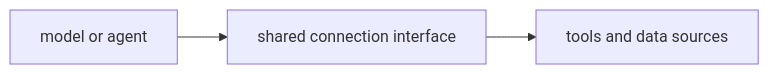
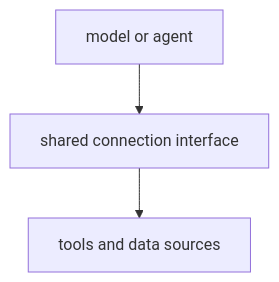
The diagram in docs/parts/part-05/chapter-14/section-01.md (devchan64/AiBook), drawn with Mermaid before and after one commit. The commit also changed other lines of this file and 35 other files, not shown here.

Commit message:
docs(part-04,part-05): strengthen cases and diagrams

````diff
--- a/docs/parts/part-05/chapter-14/section-01.md
+++ b/docs/parts/part-05/chapter-14/section-01.md
@@ -147,8 +147,9 @@
 ```mermaid
-flowchart LR
+flowchart TD
   A["model or agent"]
   B["shared connection interface"]
   C["tools and data sources"]
 
-  A --> B --> C
+  A --> B
+  B --> C
 ```
````
